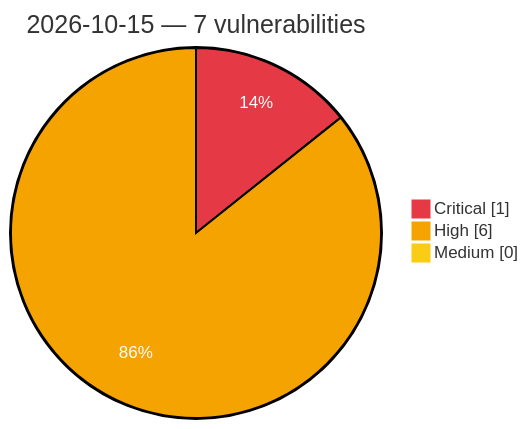
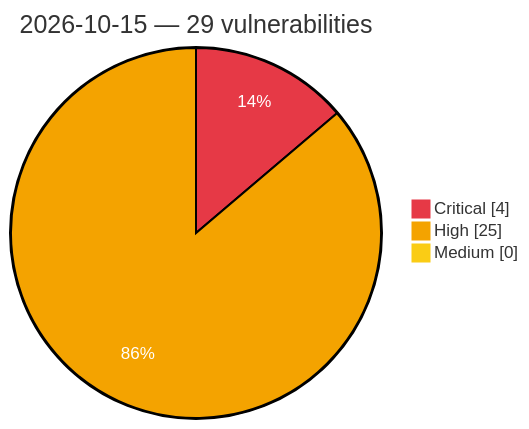
The diagram in vulnerabilities/2026/October/2026-10-15.md (GhostX0X/vuln-tracker), drawn with Mermaid before and after one commit. The commit also changed other lines of this file and 5 other files, not shown here.

Commit message:
Auto update: critical/high vulns (2026-10-15 10:18 UTC)

````diff
--- a/vulnerabilities/2026/October/2026-10-15.md
+++ b/vulnerabilities/2026/October/2026-10-15.md
@@ -3,8 +3,8 @@
 ```mermaid
 %%{init: {'theme':'base', 'themeVariables': {'pie1':'#e63946', 'pie2':'#f4a300', 'pie3':'#facc15', 'pieOpacity':'1', 'pieOuterStrokeWidth':'2px', 'pieSectionTextColor':'#ffffff'}}}%%
 pie showData
-    title 2026-10-15 — 7 vulnerabilities
-    "Critical" : 1
-    "High" : 6
+    title 2026-10-15 — 29 vulnerabilities
+    "Critical" : 4
+    "High" : 25
     "Medium" : 0
 ```
````
